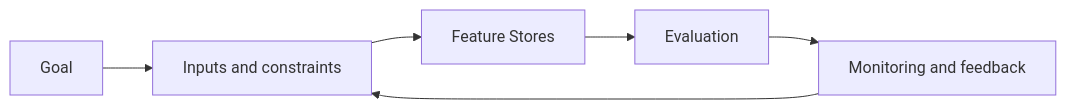
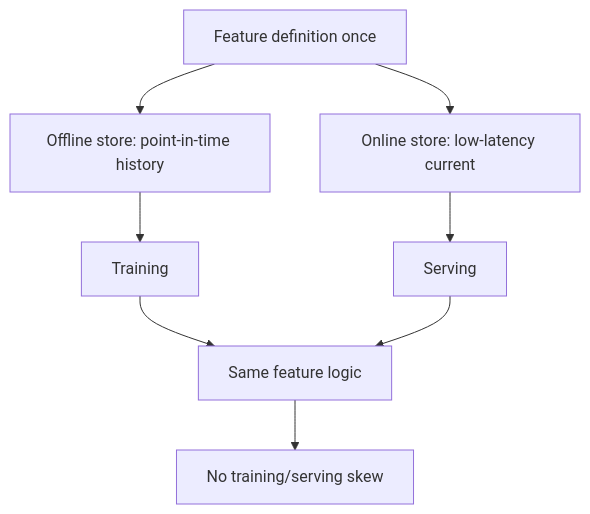
Before and after one commit to Icon1cc/Machine-Learning: the diagram in mlops/05-feature-stores.md, drawn with Mermaid. The commit also changed other lines of this file and 118 other files, not shown here.

````diff
--- a/mlops/05-feature-stores.md
+++ b/mlops/05-feature-stores.md
@@ -93,8 +71,10 @@
 ```mermaid
-flowchart LR
-    A[Goal] --> B[Inputs and constraints]
-    B --> C[Feature Stores]
-    C --> D[Evaluation]
-    D --> E[Monitoring and feedback]
-    E --> B
+flowchart TD
+    A[Feature definition once] --> B[Offline store: point-in-time history]
+    A --> C[Online store: low-latency current]
+    B --> D[Training]
+    C --> E[Serving]
+    D --> F[Same feature logic]
+    E --> F
+    F --> G[No training/serving skew]
 ```
````
